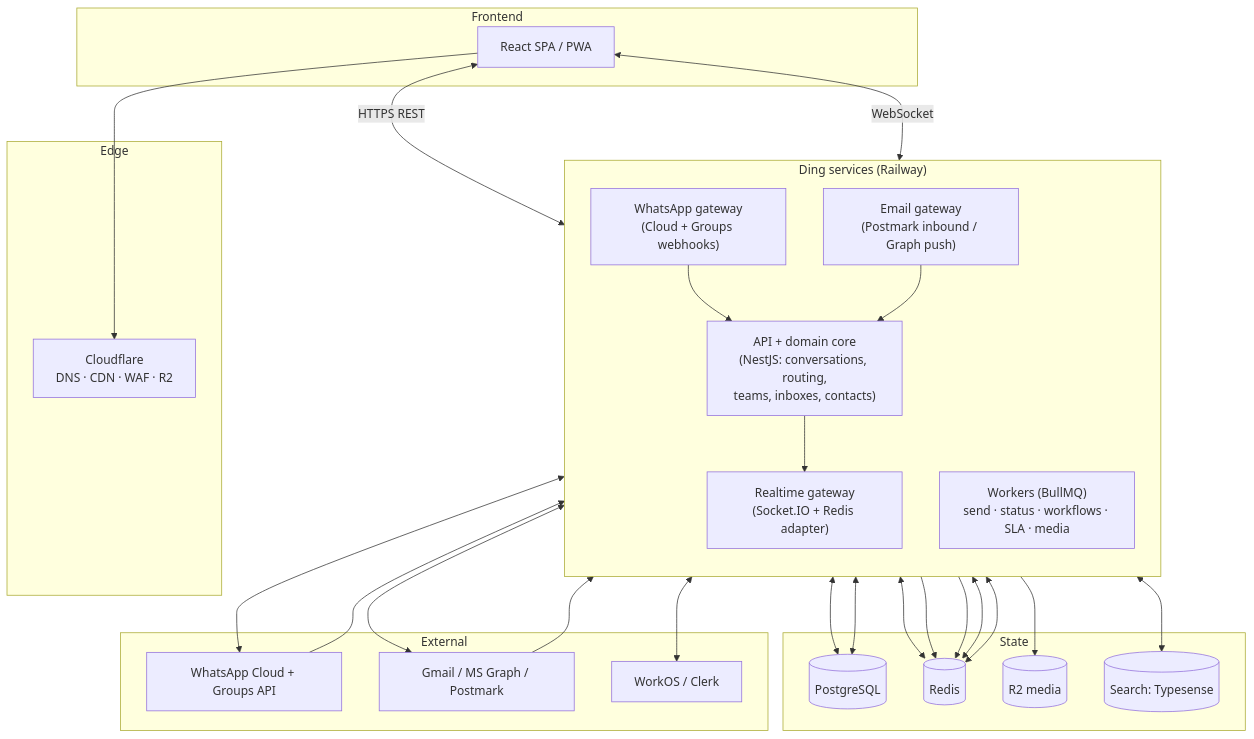
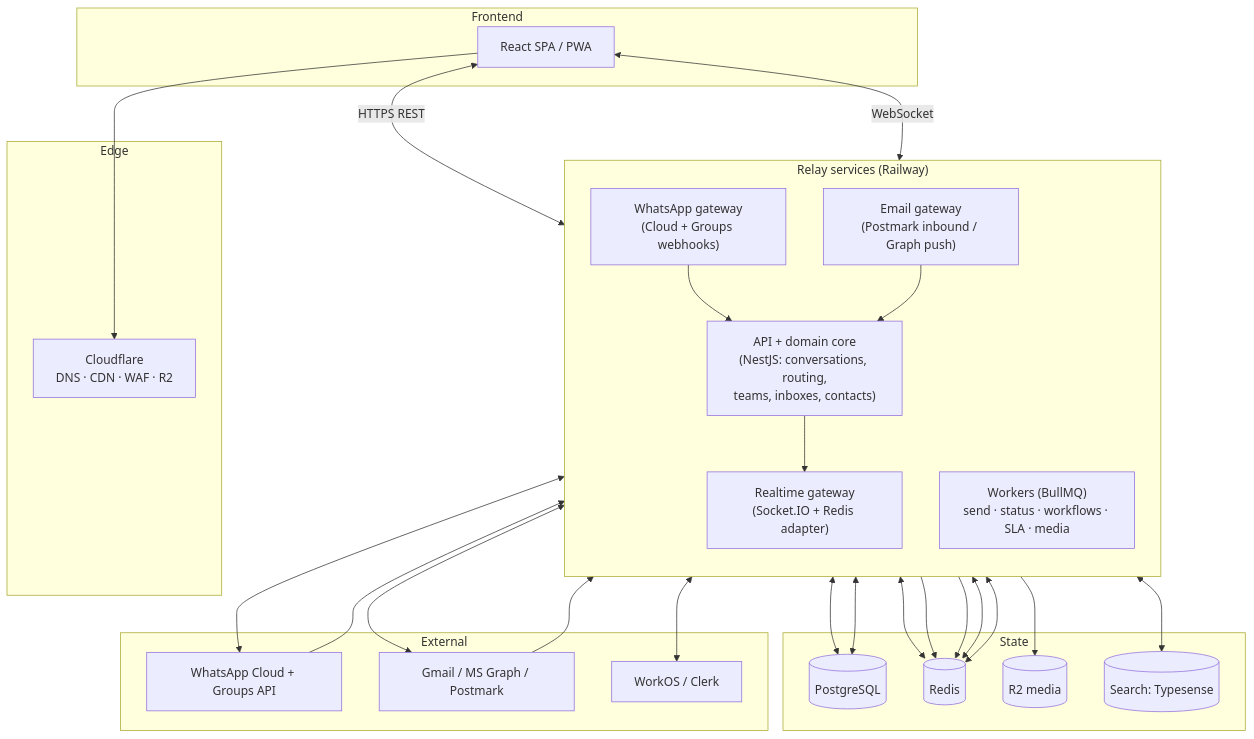
One commit to Nathan-swiftee/NestConnect changed the first of 4 diagrams in docs/02-architecture.md. Above: the diagram before and after it, drawn with Mermaid. The commit also changed 14 other files, not shown here.

````diff
--- a/docs/02-architecture.md
+++ b/docs/02-architecture.md
@@ -77,52 +77,52 @@
 ```mermaid
 flowchart TB
     subgraph Edge["Edge"]
       CF["Cloudflare<br/>DNS · CDN · WAF · R2"]
     end
 
     subgraph Web["Frontend"]
       SPA["React SPA / PWA"]
     end
 
-    subgraph Core["Ding services (Railway)"]
+    subgraph Core["Relay services (Railway)"]
       direction TB
       API["API + domain core<br/>(NestJS: conversations, routing,<br/>teams, inboxes, contacts)"]
       RT["Realtime gateway<br/>(Socket.IO + Redis adapter)"]
       GWWA["WhatsApp gateway<br/>(Cloud + Groups webhooks)"]
       GWEM["Email gateway<br/>(Postmark inbound / Graph push)"]
       WORK["Workers (BullMQ)<br/>send · status · workflows · SLA · media"]
     end
 
     subgraph State["State"]
       PG[("PostgreSQL")]
       RE[("Redis")]
       R2[("R2 media")]
       SR[("Search: Typesense")]
     end
 
     subgraph Ext["External"]
       META["WhatsApp Cloud + Groups API"]
       MAIL["Gmail / MS Graph / Postmark"]
       AUTH["WorkOS / Clerk"]
     end
 
     SPA <-->|HTTPS REST| API
     SPA <-->|WebSocket| RT
     SPA --> CF
     API <--> PG
     API <--> RE
     API --> R2
     API <--> SR
     API --> RT
     API <--> AUTH
 
     META --> GWWA --> RE
     MAIL --> GWEM --> RE
     GWWA --> API
     GWEM --> API
     WORK <--> RE
     WORK <--> META
     WORK <--> MAIL
     WORK <--> PG
     RT <--> RE
 ```
````
